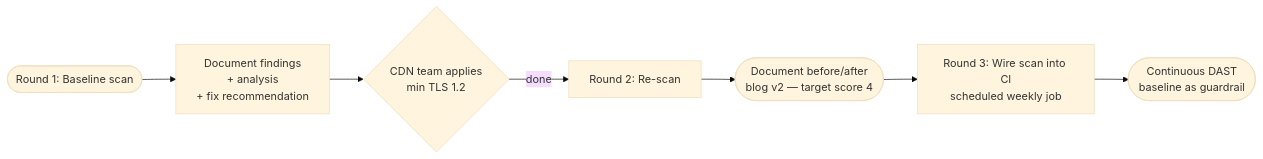
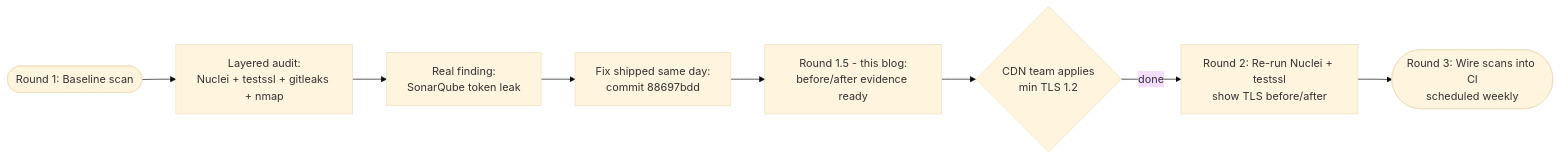
Before and after one commit to absolutepraya/blog: the diagram in content/ppl/part-a/a6-security.md, drawn with Mermaid (base theme). The commit also changed other lines of this file, not shown here.

First line of the commit message:
ppl(a6): round 1.5 — layered tooling story + gitleaks before/after fix

````diff
--- a/content/ppl/part-a/a6-security.md
+++ b/content/ppl/part-a/a6-security.md
@@ -197,9 +342,10 @@
 ```mermaid
 flowchart LR
-    A([Round 1: Baseline scan]) --> B[Document findings<br>+ analysis<br>+ fix recommendation]
-    B --> C{CDN team applies<br>min TLS 1.2}
-    C -->|done| D[Round 2: Re-scan]
-    D --> E([Document before/after<br>blog v2 — target score 4])
-    E --> F[Round 3: Wire scan into CI<br>scheduled weekly job]
-    F --> G([Continuous DAST<br>baseline as guardrail])
+    A([Round 1: Baseline scan]) --> B[Layered audit:<br>Nuclei + testssl + gitleaks + nmap]
+    B --> C[Real finding:<br>SonarQube token leak]
+    C --> D[Fix shipped same day:<br>commit 88697bdd]
+    D --> E[Round 1.5 - this blog:<br>before/after evidence ready]
+    E --> F{CDN team applies<br>min TLS 1.2}
+    F -->|done| G[Round 2: Re-run Nuclei + testssl<br>show TLS before/after]
+    G --> H([Round 3: Wire scans into CI<br>scheduled weekly])
 ```
````
